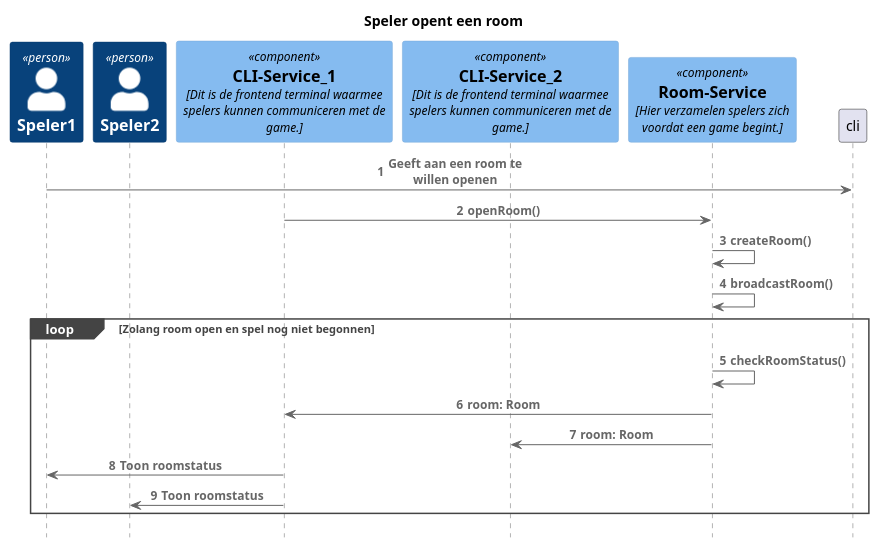
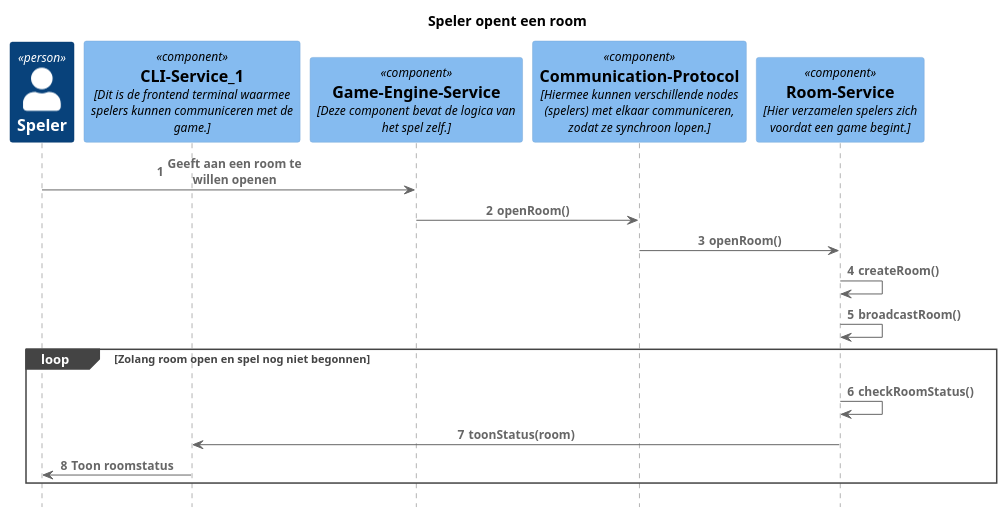
Before and after one commit to DaanBannaan/SAD-sequentie: the diagram in roomOpenen.puml, drawn with PlantUML.

Commit message:
room openen aangepast aan top down

```diff
--- a/roomOpenen.puml
+++ b/roomOpenen.puml
@@ -1,41 +1,43 @@
 @startuml
 !include https://raw.githubusercontent.com/plantuml-stdlib/C4-PlantUML/master/C4_Sequence.puml
 
 autonumber
 
 'Person(user, "Speler")
 'Component(configuration, "Configuration-Service", "Hier kan het gedrag van een agent aangepast worden en kunnen nieuwe modules toegevoegd worden.")
 'Component(world, "World-Service", "Hier vindt de wereldgeneratie plaats en bevind zich de wereldstatus.")
 'Component(engine, "Game-Engine-Service", "Deze component bevat de logica van het spel zelf.")
 'Component(agent, "Agent-Service", "Deze component bevat de logica van een agent.")
 'Component(player, "Player-Service", "Deze component bevat de logica van een karakter.")
 'Component(monster, "Monster-Service", "Deze component bevat de logica van een monster.")
 'Component(save, "Save-and-Load-Service", "Deze component regelt het laden en opslaan van het spel.")
 'Component(communication, "Communication-Protocol", "Hiermee kunnen verschillende nodes (spelers) met elkaar communiceren, zodat ze synchroon lopen.")
 'Component(cli, "CLI-Service", "Dit is de frontend terminal waarmee spelers kunnen communiceren met de game.")
 'Component(chat, "Chat-Service", "Via dit component kunnen spelers met elkaar chatten.")
 'Component(logging, "Logging-Service", "Hier worden CPU gebruik, RAM gebruik, aantal spelers, netwerkvertraging, connecties, gevechten, agent-overnames, fouten en saves gelogd.")
 'Component(room, "Room-Service", "Hier verzamelen spelers zich voordat een game begint.")
 
 title Speler opent een room
 
-Person(user1, "Speler1")
-Person(user2, "Speler2")
+Person(user, "Speler")
 Component(cli1, "CLI-Service_1", "Dit is de frontend terminal waarmee spelers kunnen communiceren met de game.")
-Component(cli2, "CLI-Service_2", "Dit is de frontend terminal waarmee spelers kunnen communiceren met de game.")
+Component(engine, "Game-Engine-Service", "Deze component bevat de logica van het spel zelf.")
+Component(communication, "Communication-Protocol", "Hiermee kunnen verschillende nodes (spelers) met elkaar communiceren, zodat ze synchroon lopen.")
 Component(room, "Room-Service", "Hier verzamelen spelers zich voordat een game begint.")
 
 
-Rel(user1, cli, "Geeft aan een room te willen openen")
-Rel(cli1, room, "openRoom()")
+Rel(user, engine, "Geeft aan een room te willen openen")
+Rel(engine, communication, "openRoom()")
+Rel(communication, room, "openRoom()")
 Rel(room, room, "createRoom()")
 Rel(room, room, "broadcastRoom()")
 loop Zolang room open en spel nog niet begonnen
 Rel(room, room, "checkRoomStatus()")
-Rel(room, cli1, "room: Room")
-Rel(room, cli2, "room: Room")
-Rel(cli1, user1, "Toon roomstatus")
-Rel(cli1, user2, "Toon roomstatus")
+Rel(room, cli1, "toonStatus(room)")
+
+
+Rel(cli1, user, "Toon roomstatus")
+
 
 
 @enduml
```
